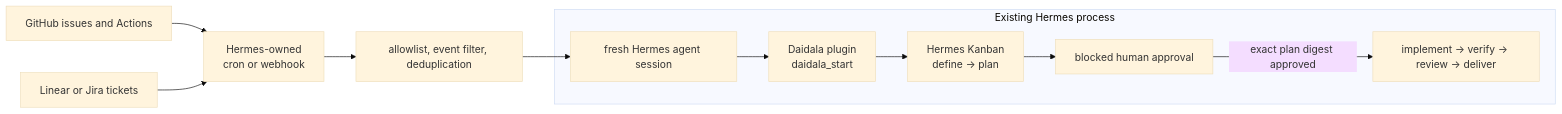
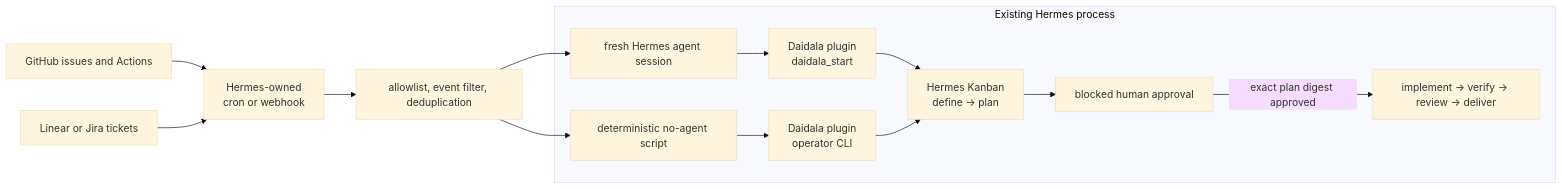
The diagram in docs/13-autonomous-triggering.md (forgegod/daidala), drawn with Mermaid (base theme) before and after one commit. The commit also changed other lines of this file and 3 other files, not shown here.

````diff
--- a/docs/13-autonomous-triggering.md
+++ b/docs/13-autonomous-triggering.md
@@ -17,14 +18,17 @@
 ```mermaid
 flowchart LR
     GH["GitHub issues and Actions"] --> T["Hermes-owned<br>cron or webhook"]
     LI["Linear or Jira tickets"] --> T
     T --> F["allowlist, event filter, deduplication"]
     F --> A["fresh Hermes agent session"]
+    F --> S["deterministic no-agent script"]
 
     subgraph H["Existing Hermes process"]
         A --> W["Daidala plugin<br>daidala_start"]
+        S --> W2["Daidala plugin<br>operator CLI"]
         W --> K["Hermes Kanban<br>define → plan"]
+        W2 --> K
         K --> G["blocked human approval"]
         G -->|"exact plan digest approved"| E["implement → verify → review → deliver"]
     end
 ```
````
